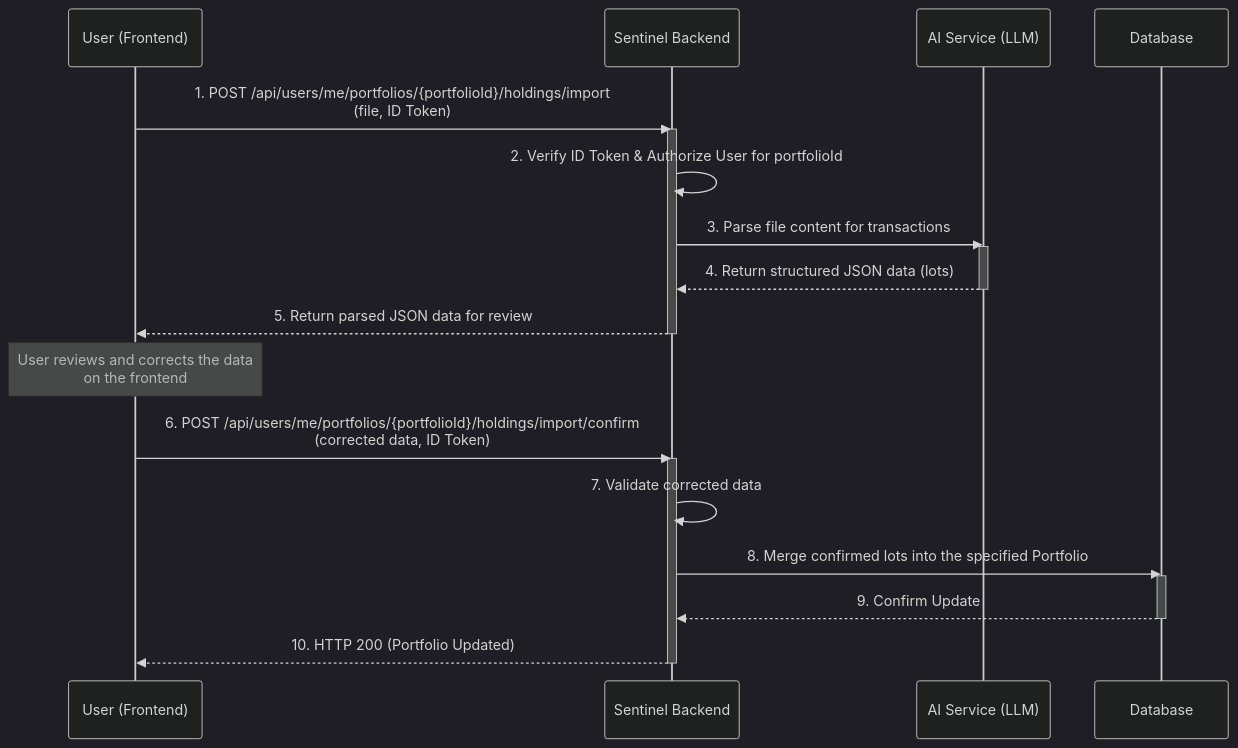
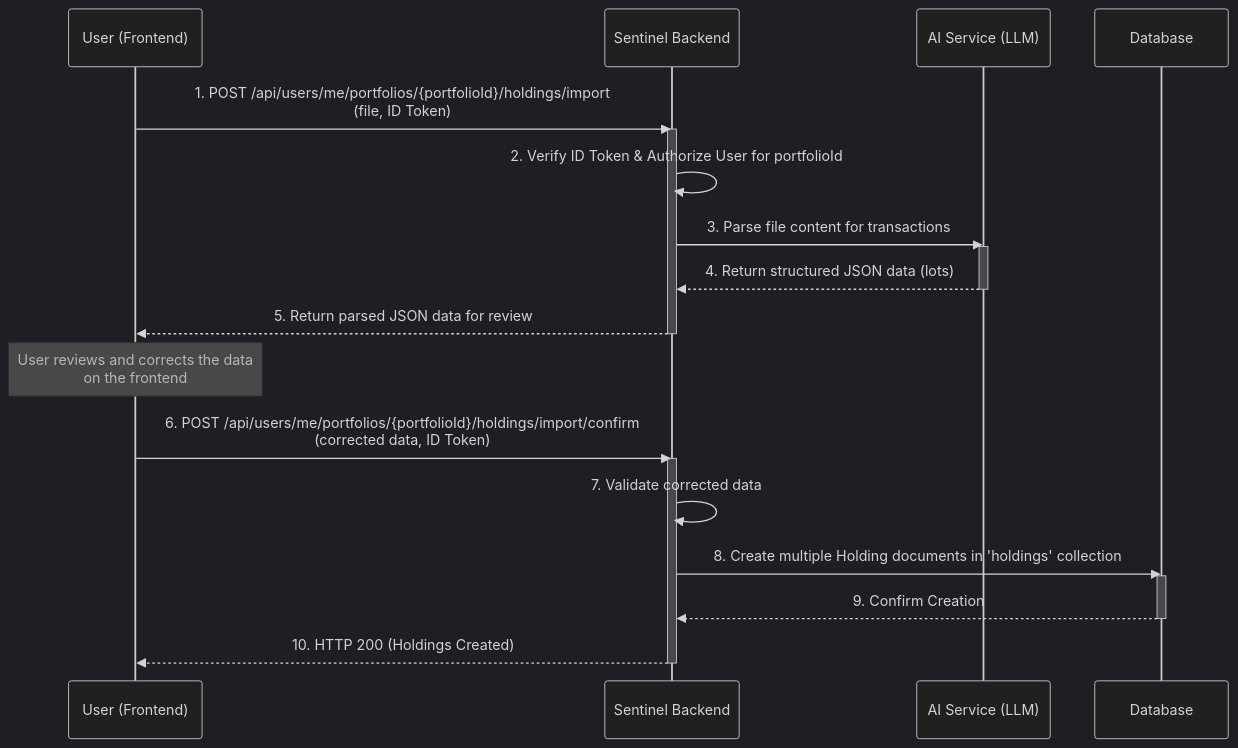
The eighth of 17 diagrams in product_spec.md (enzhao/Sentinel), drawn with Mermaid (dark theme) before and after one commit. The commit also changed other lines of this file, not shown here.

First line of the commit message:
docs(spec): refactor holding as top-level entity

````diff
--- a/product_spec.md
+++ b/product_spec.md
@@ -593,29 +608,29 @@
 ```mermaid
 sequenceDiagram
     participant User as User (Frontend)
     participant Sentinel as Sentinel Backend
     participant AI as AI Service (LLM)
     participant DB as Database
 
     User->>Sentinel: 1. POST /api/users/me/portfolios/{portfolioId}/holdings/import<br>(file, ID Token)
     activate Sentinel
     Sentinel->>Sentinel: 2. Verify ID Token & Authorize User for portfolioId
     Sentinel->>AI: 3. Parse file content for transactions
     activate AI
     AI-->>Sentinel: 4. Return structured JSON data (lots)
     deactivate AI
     Sentinel-->>User: 5. Return parsed JSON data for review
     deactivate Sentinel
 
     Note over User: User reviews and corrects the data<br> on the frontend
     
     User->>Sentinel: 6. POST /api/users/me/portfolios/{portfolioId}/holdings/import/confirm<br> (corrected data, ID Token)
     activate Sentinel
     Sentinel->>Sentinel: 7. Validate corrected data
-    Sentinel->>DB: 8. Merge confirmed lots into the specified Portfolio
+    Sentinel->>DB: 8. Create multiple Holding documents in 'holdings' collection
     activate DB
-    DB-->>Sentinel: 9. Confirm Update
+    DB-->>Sentinel: 9. Confirm Creation
     deactivate DB
-    Sentinel-->>User: 10. HTTP 200 (Portfolio Updated)
+    Sentinel-->>User: 10. HTTP 200 (Holdings Created)
     deactivate Sentinel
 ```
````
